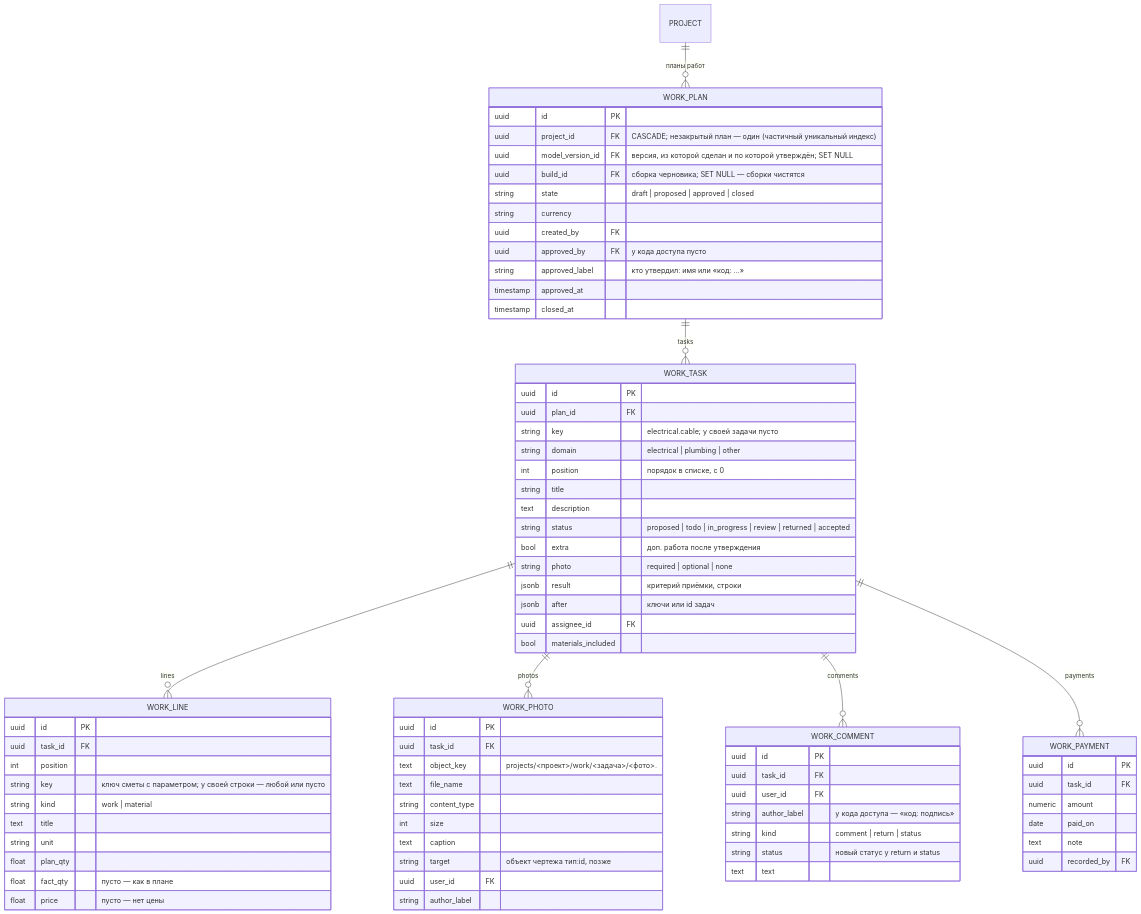
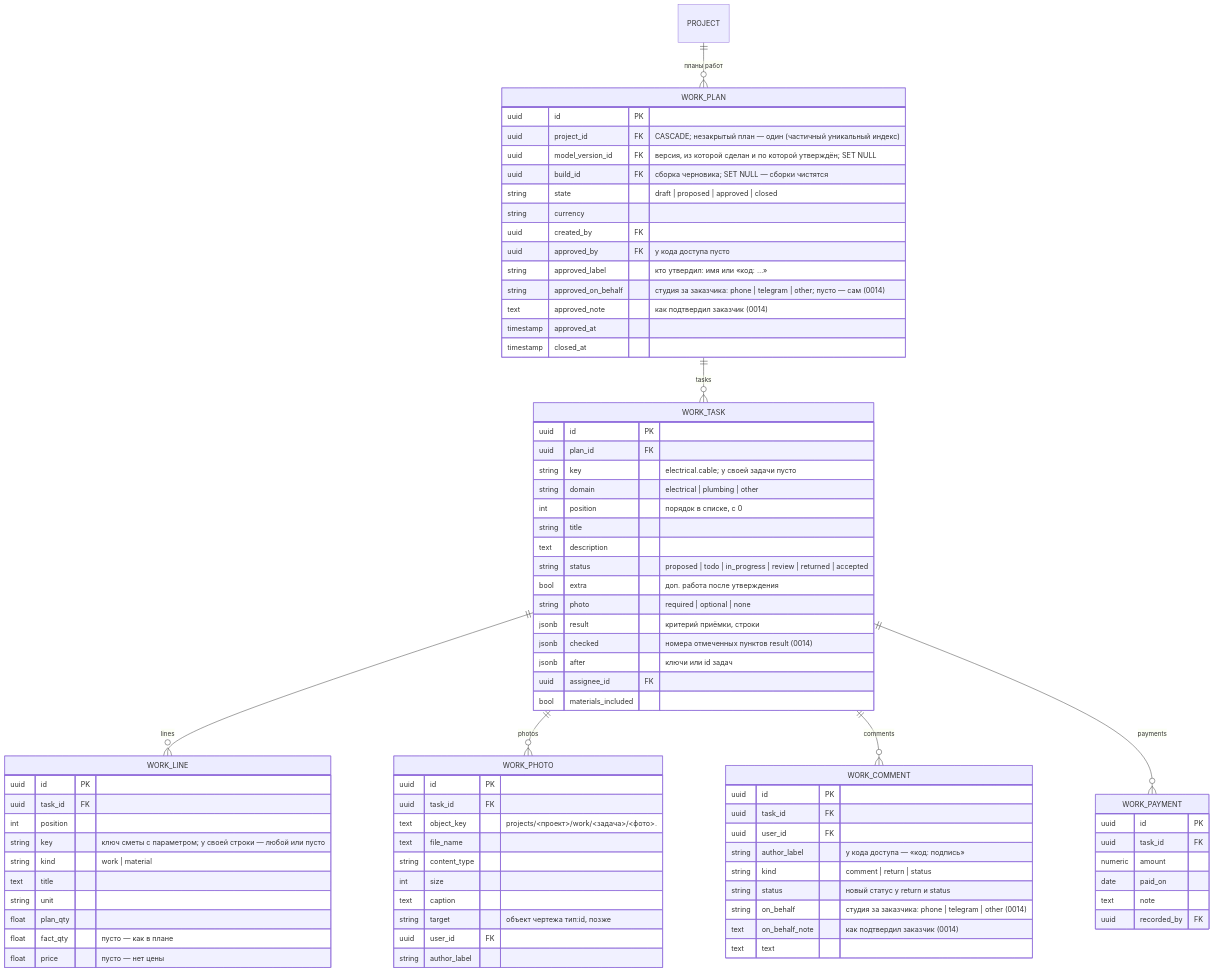
The second of 2 diagrams in docs/database.md (Coder801/floorplan-engine), drawn with Mermaid before and after one commit. The commit also changed other lines of this file and 50 other files, not shown here.

```diff
--- a/docs/database.md
+++ b/docs/database.md
@@ -286,6 +286,8 @@
     uuid created_by FK
     uuid approved_by FK "у кода доступа пусто"
     string approved_label "кто утвердил: имя или «код: …»"
+    string approved_on_behalf "студия за заказчика: phone | telegram | other; пусто — сам (0014)"
+    text approved_note "как подтвердил заказчик (0014)"
     timestamp approved_at
     timestamp closed_at
   }
@@ -301,6 +303,7 @@
     bool extra "доп. работа после утверждения"
     string photo "required | optional | none"
     jsonb result "критерий приёмки, строки"
+    jsonb checked "номера отмеченных пунктов result (0014)"
     jsonb after "ключи или id задач"
     uuid assignee_id FK
     bool materials_included
@@ -336,6 +339,8 @@
     string author_label "у кода доступа — «код: подпись»"
     string kind "comment | return | status"
     string status "новый статус у return и status"
+    string on_behalf "студия за заказчика: phone | telegram | other (0014)"
+    text on_behalf_note "как подтвердил заказчик (0014)"
     text text
   }
   WORK_PAYMENT {
```
